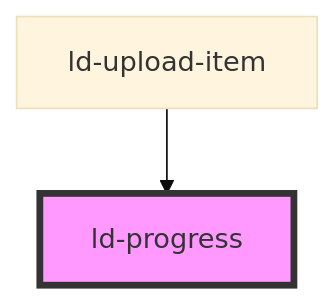
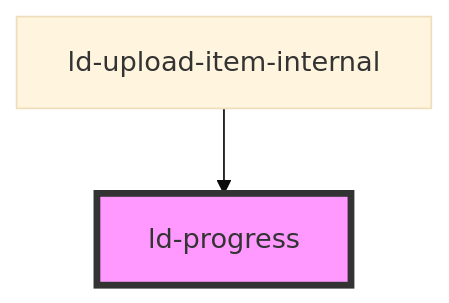
Before and after one commit to emdgroup-liquid/liquid: the diagram in src/liquid/components/ld-progress/readme.md, drawn with Mermaid (base theme). The commit also changed other lines of this file and 27 other files, not shown here.

Commit message:
fix(ld-file-upload): make sure internal components are internal

````diff
--- a/src/liquid/components/ld-progress/readme.md
+++ b/src/liquid/components/ld-progress/readme.md
@@ -241,5 +241,5 @@
 ```mermaid
 graph TD;
-  ld-upload-item --> ld-progress
+  ld-upload-item-internal --> ld-progress
   style ld-progress fill:#f9f,stroke:#333,stroke-width:4px
 ```
````
